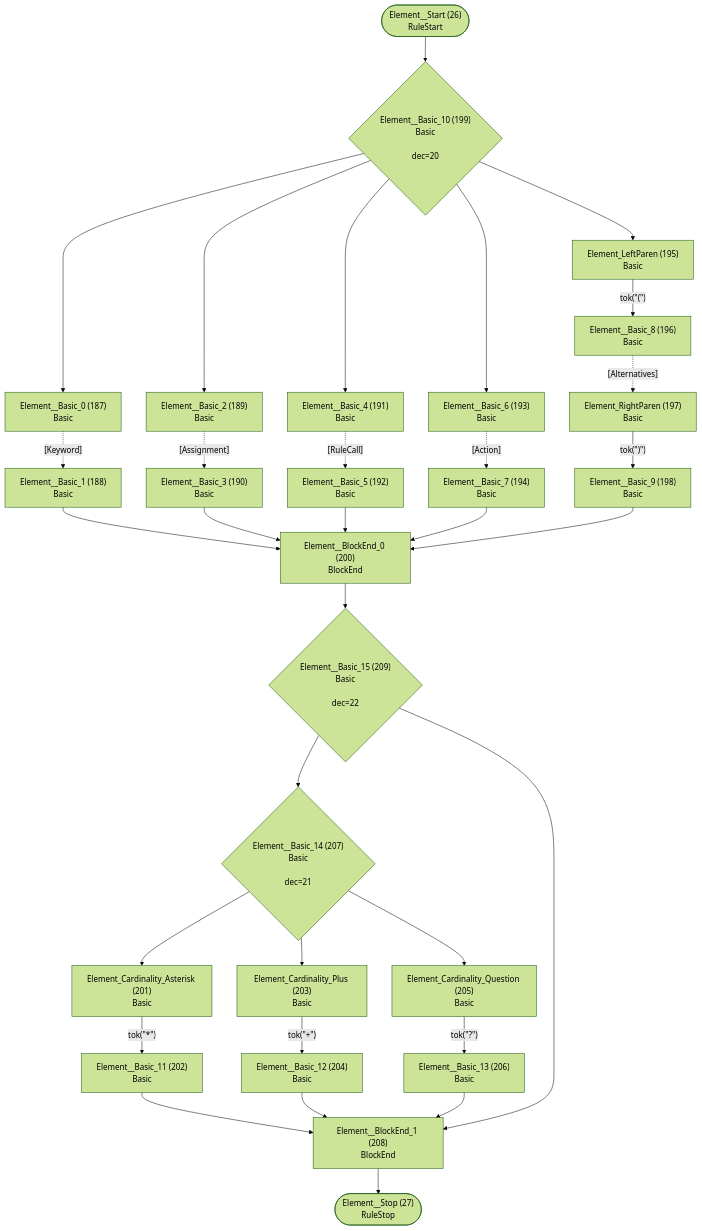
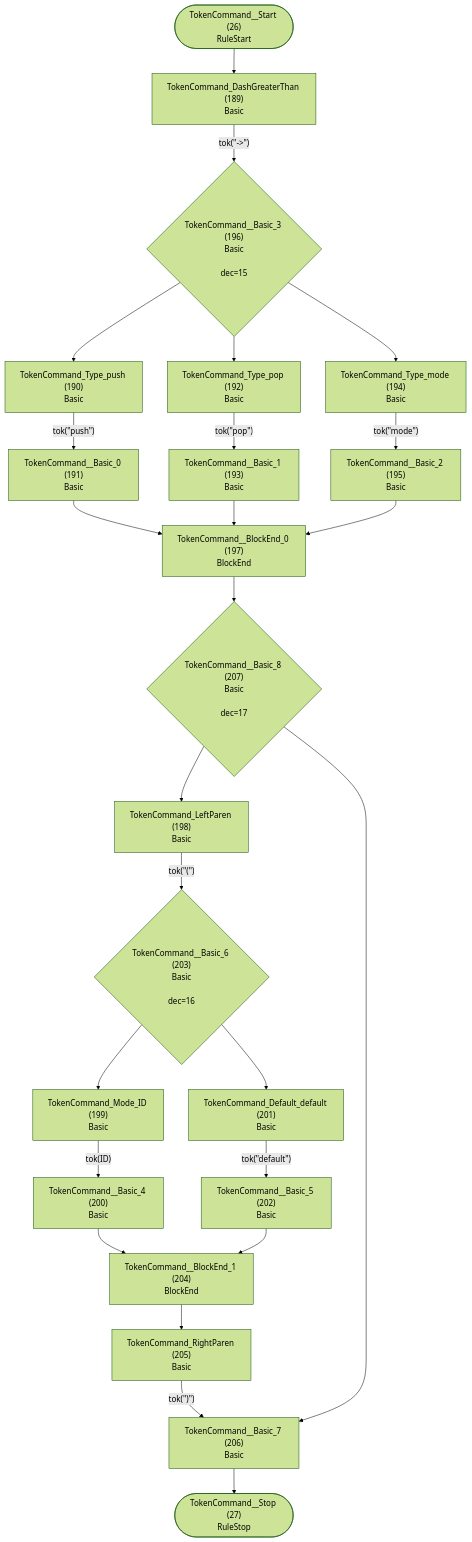
Diagram 14 of 40 in internal/grammar/atn.md (TypeFox/fastbelt), drawn with Mermaid (forest theme) before and after one commit. The commit also changed other lines of this file and 84 other files, not shown here.

````diff
--- a/internal/grammar/atn.md
+++ b/internal/grammar/atn.md
@@ -421,60 +376,49 @@
 ```mermaid
 flowchart TD
-    q26(["Element__Start (26)<br/>RuleStart"])
-    q27(["Element__Stop (27)<br/>RuleStop"])
-    q187["Element__Basic_0 (187)<br/>Basic<br/>"]
-    q188["Element__Basic_1 (188)<br/>Basic<br/>"]
-    q189["Element__Basic_2 (189)<br/>Basic<br/>"]
-    q190["Element__Basic_3 (190)<br/>Basic<br/>"]
-    q191["Element__Basic_4 (191)<br/>Basic<br/>"]
-    q192["Element__Basic_5 (192)<br/>Basic<br/>"]
-    q193["Element__Basic_6 (193)<br/>Basic<br/>"]
-    q194["Element__Basic_7 (194)<br/>Basic<br/>"]
-    q195["Element_LeftParen (195)<br/>Basic<br/>"]
-    q196["Element__Basic_8 (196)<br/>Basic<br/>"]
-    q197["Element_RightParen (197)<br/>Basic<br/>"]
-    q198["Element__Basic_9 (198)<br/>Basic<br/>"]
-    q199{"Element__Basic_10 (199)<br/>Basic<br/><br/>dec=20"}
-    q200["Element__BlockEnd_0 (200)<br/>BlockEnd<br/>"]
-    q201["Element_Cardinality_Asterisk (201)<br/>Basic<br/>"]
-    q202["Element__Basic_11 (202)<br/>Basic<br/>"]
-    q203["Element_Cardinality_Plus (203)<br/>Basic<br/>"]
-    q204["Element__Basic_12 (204)<br/>Basic<br/>"]
-    q205["Element_Cardinality_Question (205)<br/>Basic<br/>"]
-    q206["Element__Basic_13 (206)<br/>Basic<br/>"]
-    q207{"Element__Basic_14 (207)<br/>Basic<br/><br/>dec=21"}
-    q208["Element__BlockEnd_1 (208)<br/>BlockEnd<br/>"]
-    q209{"Element__Basic_15 (209)<br/>Basic<br/><br/>dec=22"}
+    q26(["TokenCommand__Start (26)<br/>RuleStart"])
+    q27(["TokenCommand__Stop (27)<br/>RuleStop"])
+    q189["TokenCommand_DashGreaterThan (189)<br/>Basic<br/>"]
+    q190["TokenCommand_Type_push (190)<br/>Basic<br/>"]
+    q191["TokenCommand__Basic_0 (191)<br/>Basic<br/>"]
+    q192["TokenCommand_Type_pop (192)<br/>Basic<br/>"]
+    q193["TokenCommand__Basic_1 (193)<br/>Basic<br/>"]
+    q194["TokenCommand_Type_mode (194)<br/>Basic<br/>"]
+    q195["TokenCommand__Basic_2 (195)<br/>Basic<br/>"]
+    q196{"TokenCommand__Basic_3 (196)<br/>Basic<br/><br/>dec=15"}
+    q197["TokenCommand__BlockEnd_0 (197)<br/>BlockEnd<br/>"]
+    q198["TokenCommand_LeftParen (198)<br/>Basic<br/>"]
+    q199["TokenCommand_Mode_ID (199)<br/>Basic<br/>"]
+    q200["TokenCommand__Basic_4 (200)<br/>Basic<br/>"]
+    q201["TokenCommand_Default_default (201)<br/>Basic<br/>"]
+    q202["TokenCommand__Basic_5 (202)<br/>Basic<br/>"]
+    q203{"TokenCommand__Basic_6 (203)<br/>Basic<br/><br/>dec=16"}
+    q204["TokenCommand__BlockEnd_1 (204)<br/>BlockEnd<br/>"]
+    q205["TokenCommand_RightParen (205)<br/>Basic<br/>"]
+    q206["TokenCommand__Basic_7 (206)<br/>Basic<br/>"]
+    q207{"TokenCommand__Basic_8 (207)<br/>Basic<br/><br/>dec=17"}
 
-    q26 --> q199
-    q187 -.->|"[Keyword]"| q188
-    q188 --> q200
-    q189 -.->|"[Assignment]"| q190
-    q190 --> q200
-    q191 -.->|"[RuleCall]"| q192
-    q192 --> q200
-    q193 -.->|"[Action]"| q194
-    q194 --> q200
-    q195 -->|"tok(&quot;(&quot;)"| q196
-    q196 -.->|"[Alternatives]"| q197
-    q197 -->|"tok(&quot;)&quot;)"| q198
-    q198 --> q200
-    q199 --> q187
-    q199 --> q189
-    q199 --> q191
-    q199 --> q193
-    q199 --> q195
-    q200 --> q209
-    q201 -->|"tok(&quot;*&quot;)"| q202
-    q202 --> q208
-    q203 -->|"tok(&quot;+&quot;)"| q204
-    q204 --> q208
-    q205 -->|"tok(&quot;?&quot;)"| q206
-    q206 --> q208
-    q207 --> q201
-    q207 --> q203
-    q207 --> q205
-    q208 --> q27
-    q209 --> q207
-    q209 --> q208
+    q26 --> q189
+    q189 -->|"tok(&quot;->&quot;)"| q196
+    q190 -->|"tok(&quot;push&quot;)"| q191
+    q191 --> q197
+    q192 -->|"tok(&quot;pop&quot;)"| q193
+    q193 --> q197
+    q194 -->|"tok(&quot;mode&quot;)"| q195
+    q195 --> q197
+    q196 --> q190
+    q196 --> q192
+    q196 --> q194
+    q197 --> q207
+    q198 -->|"tok(&quot;(&quot;)"| q203
+    q199 -->|"tok(ID)"| q200
+    q200 --> q204
+    q201 -->|"tok(&quot;default&quot;)"| q202
+    q202 --> q204
+    q203 --> q199
+    q203 --> q201
+    q204 --> q205
+    q205 -->|"tok(&quot;)&quot;)"| q206
+    q206 --> q27
+    q207 --> q198
+    q207 --> q206
 ```
````
